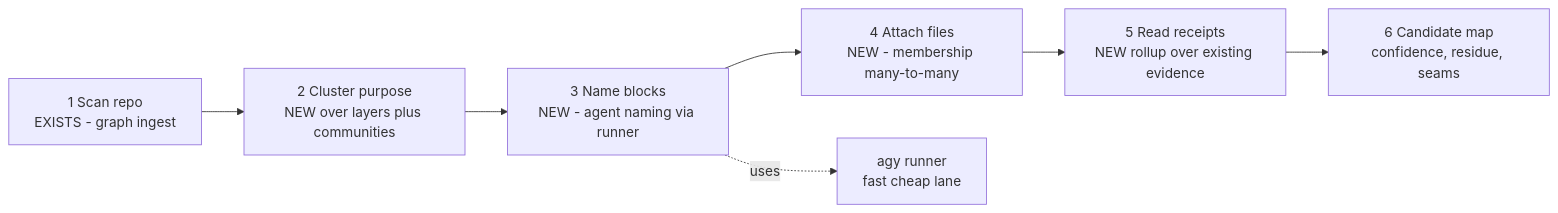
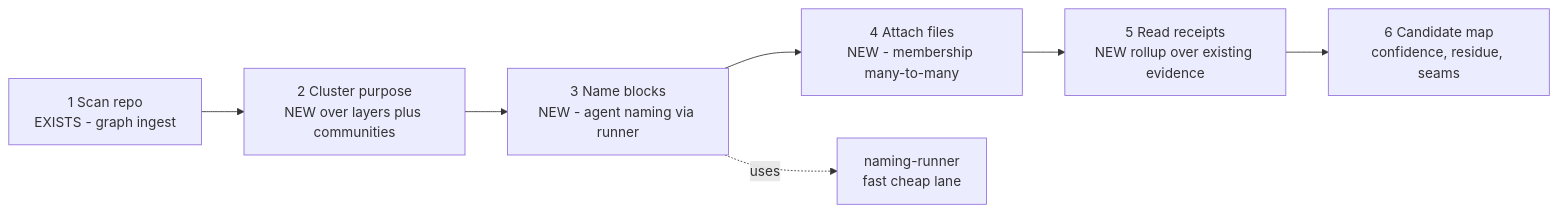
One commit to maxkle1nz/m1nd changed the third of 20 diagrams in docs/HUMAN-VIEW-V2-UML.md. Above: the diagram before and after it, drawn with Mermaid. The commit also changed other lines of this file and 2 other files, not shown here.

````diff
--- a/docs/HUMAN-VIEW-V2-UML.md
+++ b/docs/HUMAN-VIEW-V2-UML.md
@@ -81,9 +81,9 @@
 ```mermaid
 flowchart LR
     A["1 Scan repo<br/>EXISTS - graph ingest"] --> B["2 Cluster purpose<br/>NEW over layers plus communities"]
     B --> C["3 Name blocks<br/>NEW - agent naming via runner"]
     C --> D["4 Attach files<br/>NEW - membership many-to-many"]
     D --> E["5 Read receipts<br/>NEW rollup over existing evidence"]
     E --> F["6 Candidate map<br/>confidence, residue, seams"]
-    C -.uses.-> R["agy runner<br/>fast cheap lane"]
+    C -.uses.-> R["naming-runner<br/>fast cheap lane"]
 ```
````
